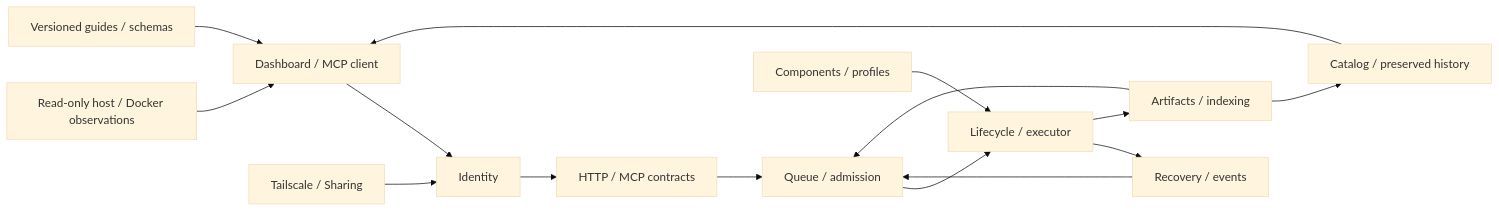
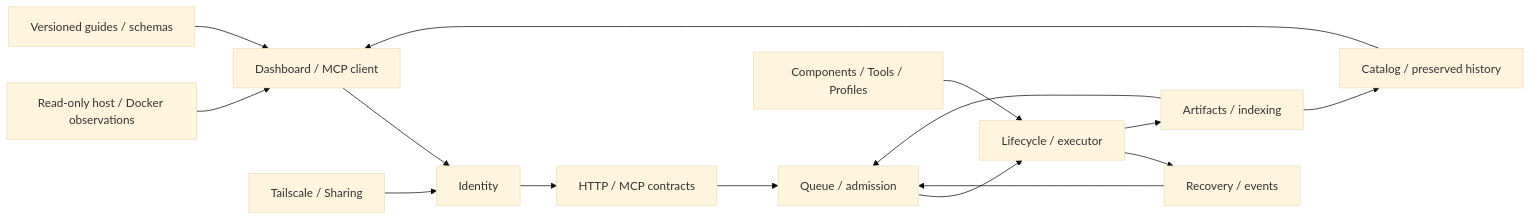
The diagram in docs/features/README.md (LoomOps/Loom), drawn with Mermaid (base theme) before and after one commit. The commit also changed other lines of this file and 50 other files, not shown here.

Commit message:
Restore graphics runtime support and ship verified state-preserving alpha.45

````diff
--- a/docs/features/README.md
+++ b/docs/features/README.md
@@ -24,17 +24,17 @@
 ```mermaid
 flowchart LR
   Client[Dashboard / MCP client] --> Identity[Identity]
   Network[Tailscale / Sharing] --> Identity
   Identity --> API[HTTP / MCP contracts]
   API --> Queue[Queue / admission]
   Queue --> Execution[Lifecycle / executor]
-  Extensions[Components / profiles] --> Execution
+  Extensions[Components / Tools / Profiles] --> Execution
   Execution --> Recovery[Recovery / events]
   Recovery --> Queue
   Execution --> Results[Artifacts / indexing]
   Results --> Queue
   Results --> Catalog[Catalog / preserved history]
   Catalog --> Client
   Observations[Read-only host / Docker observations] --> Client
   Onboarding[Versioned guides / schemas] --> Client
 ```
````
